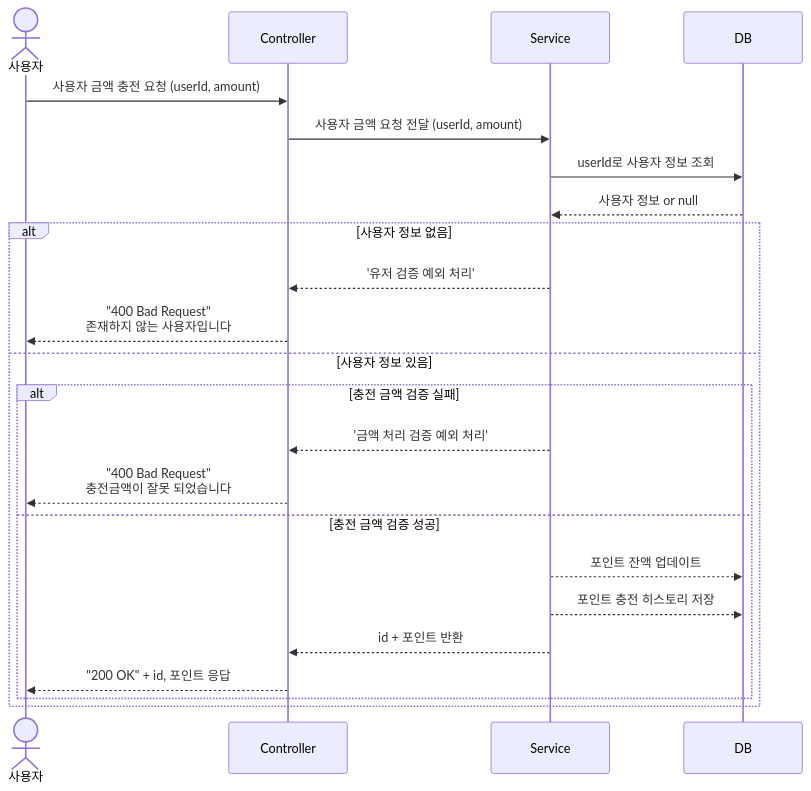
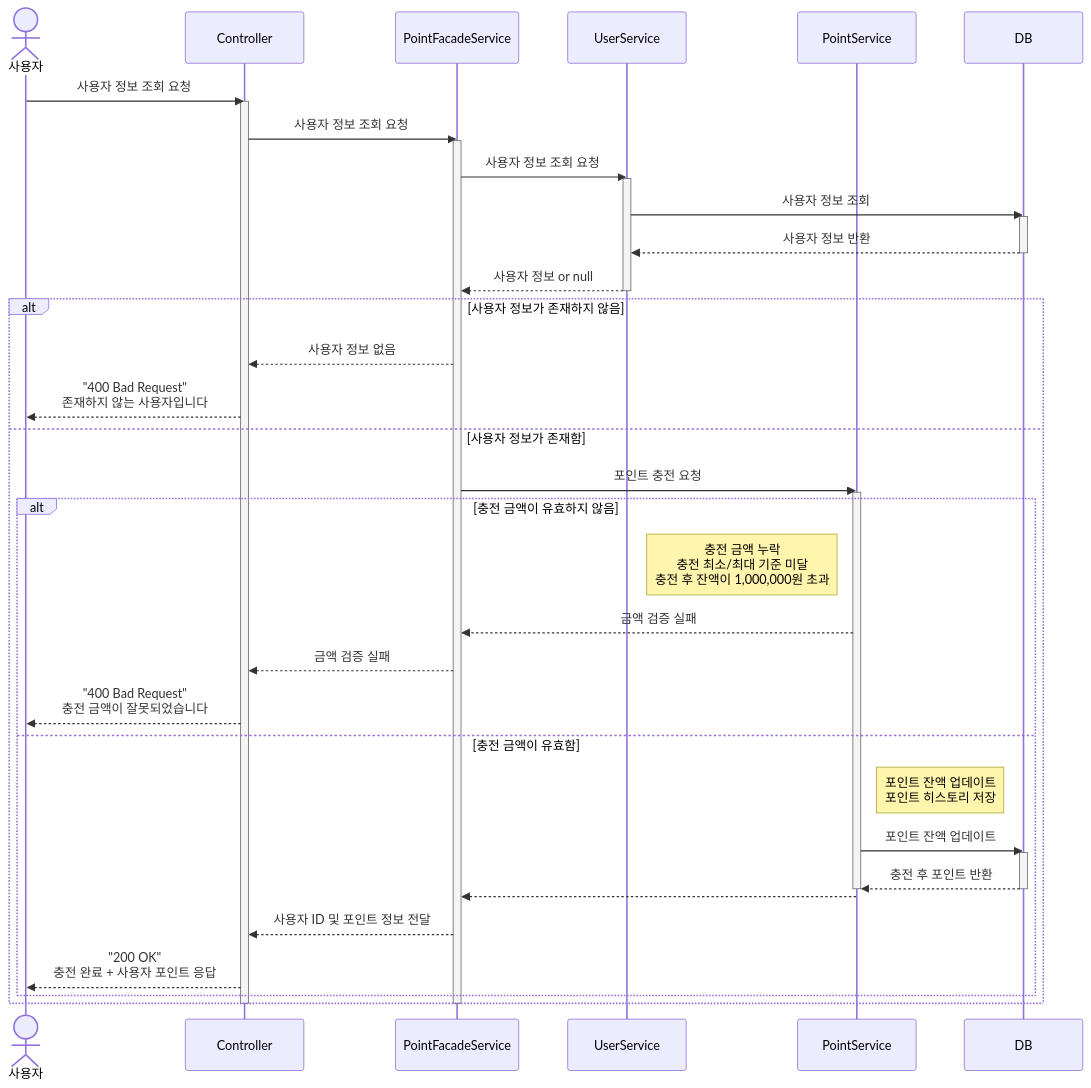
Before and after one commit to maengjjin/hhplus-service: the second of 8 diagrams in docs/SequenceDiagram.md, drawn with Mermaid. The commit also changed other lines of this file, not shown here.

Commit message:
- 시퀀스 다이어그램 수정 (Actor 추가 및 파사드 패턴 반영) close #4

````diff
--- a/docs/SequenceDiagram.md
+++ b/docs/SequenceDiagram.md
@@ -29,27 +56,56 @@
 ```mermaid
 sequenceDiagram
-    actor 사용자
+    actor User as 사용자
     participant Controller
-    participant Service
+    participant PointFacadeService
+    participant UserService
+    participant PointService
     participant DB
 
-    사용자 ->> Controller: 사용자 금액 충전 요청 (userId, amount)
-    Controller ->> Service: 사용자 금액 요청 전달 (userId, amount)
-    Service ->> DB: userId로 사용자 정보 조회
-    DB -->> Service: 사용자 정보 or null
 
-    alt 사용자 정보 없음
-        Service -->> Controller: '유저 검증 예외 처리'
-        Controller -->> 사용자: "400 Bad Request"<br>존재하지 않는 사용자입니다
-    else 사용자 정보 있음
-        alt 충전 금액 검증 실패
-            Service -->> Controller: '금액 처리 검증 예외 처리'
-            Controller -->> 사용자: "400 Bad Request"<br>충전금액이 잘못 되었습니다
-        else 충전 금액 검증 성공
-            Service -->> DB: 포인트 잔액 업데이트
-            Service -->> DB: 포인트 충전 히스토리 저장
-            Service -->> Controller: id + 포인트 반환
-            Controller -->> 사용자: "200 OK" + id, 포인트 응답
+    User ->> Controller: 사용자 정보 조회 요청
+    activate Controller
+
+    Controller ->> PointFacadeService: 사용자 정보 조회 요청
+    activate PointFacadeService
+
+    PointFacadeService ->> UserService: 사용자 정보 조회 요청
+    activate UserService
+
+    UserService ->> DB: 사용자 정보 조회
+    activate DB
+    DB -->> UserService: 사용자 정보 반환
+    deactivate DB
+
+    UserService -->> PointFacadeService: 사용자 정보 or null
+    deactivate UserService
+
+    alt 사용자 정보가 존재하지 않음
+        PointFacadeService -->> Controller: 사용자 정보 없음
+        Controller -->> User: "400 Bad Request"<br>존재하지 않는 사용자입니다
+    else 사용자 정보가 존재함
+        PointFacadeService ->> PointService: 포인트 충전 요청
+        activate PointService
+        alt 충전 금액이 유효하지 않음
+            Note left of PointService: 충전 금액 누락<br>충전 최소/최대 기준 미달<br>충전 후 잔액이 1,000,000원 초과
+            PointService -->> PointFacadeService: 금액 검증 실패
+            PointFacadeService -->> Controller: 금액 검증 실패
+            Controller -->> User: "400 Bad Request"<br>충전 금액이 잘못되었습니다
+        else 충전 금액이 유효함
+            Note left of DB: 포인트 잔액 업데이트<br>포인트 히스토리 저장
+            PointService ->> DB: 포인트 잔액 업데이트
+            activate DB
+            DB -->> PointService: 충전 후 포인트 반환
+            deactivate DB
+            deactivate PointService
+            
+            PointService -->> PointFacadeService: 
+
+            PointFacadeService -->> Controller: 사용자 ID 및 포인트 정보 전달
+            Controller -->> User: "200 OK"<br>충전 완료 + 사용자 포인트 응답
         end
     end
+
+    deactivate PointFacadeService
+    deactivate Controller
 ```
````
